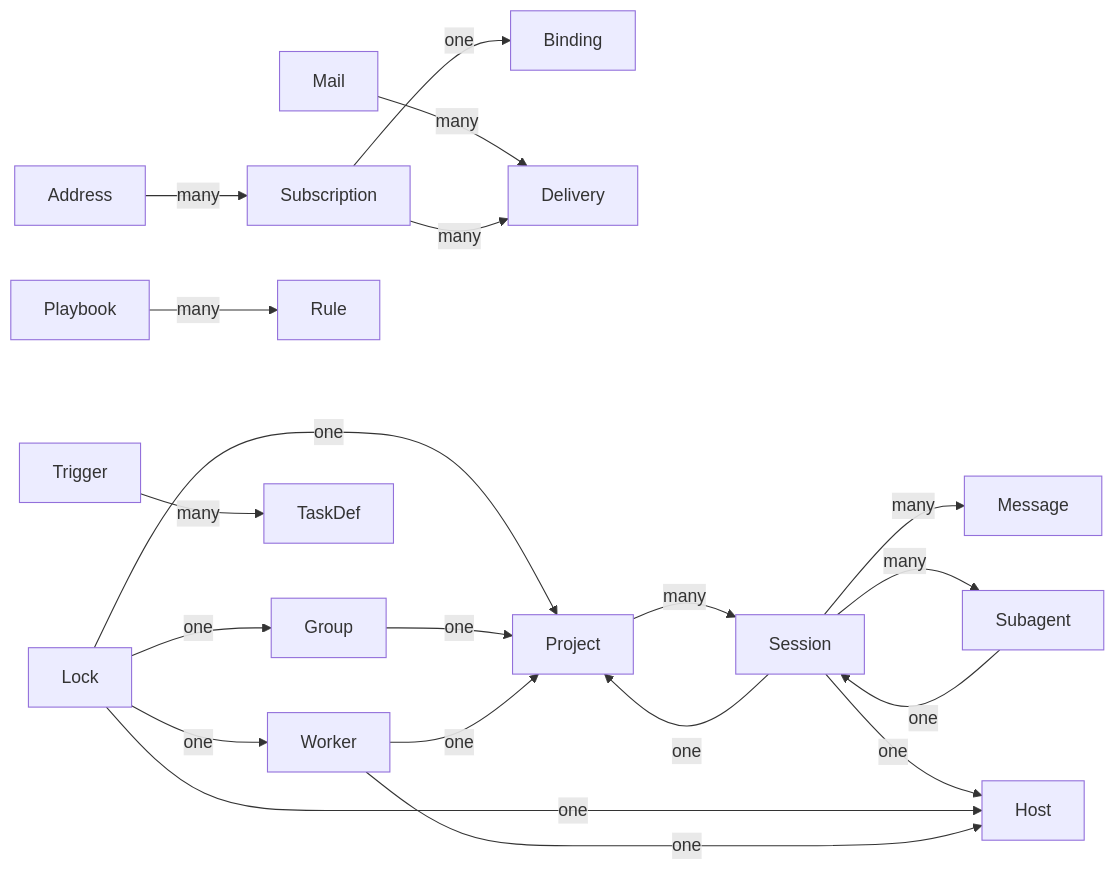
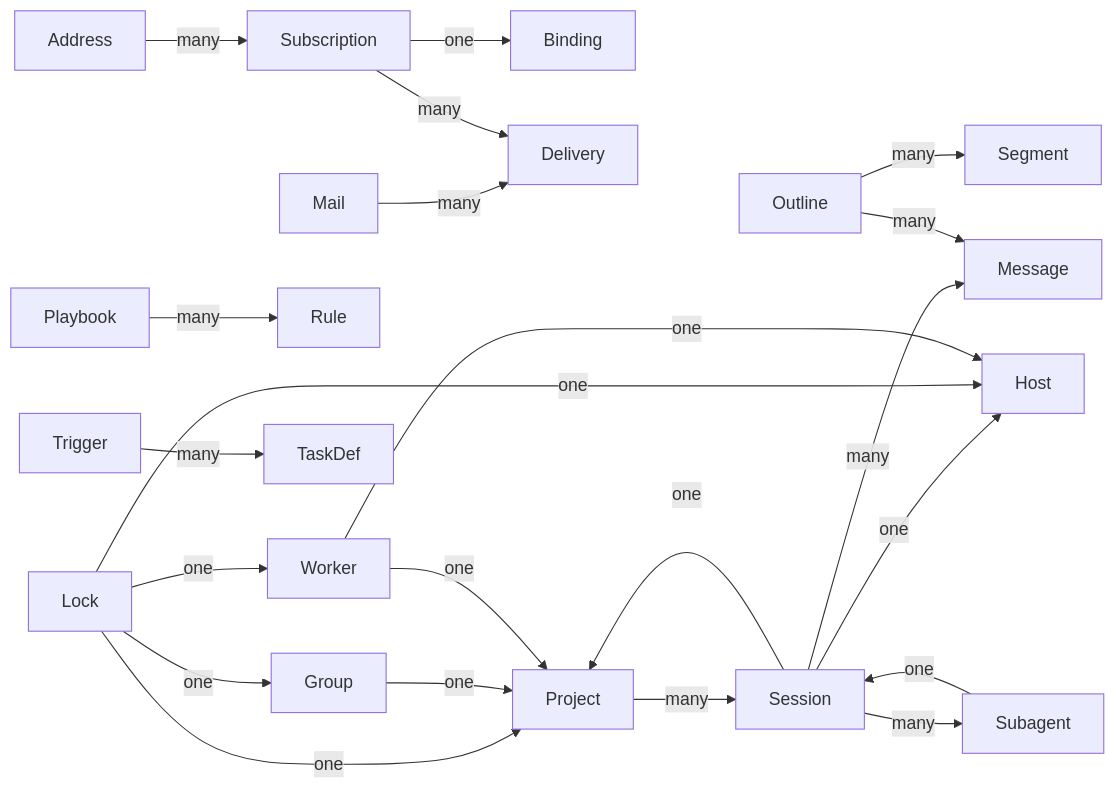
The diagram in docs/concepts/UBIQUITOUS_LANGUAGE.md (mistakenot/auto-stack), drawn with Mermaid before and after one commit. The commit also changed other lines of this file and 13 other files, not shown here.

````diff
--- a/docs/concepts/UBIQUITOUS_LANGUAGE.md
+++ b/docs/concepts/UBIQUITOUS_LANGUAGE.md
@@ -15,39 +15,43 @@
 ```mermaid
 flowchart LR
     Address["Address"]
     Binding["Binding"]
     Delivery["Delivery"]
     Group["Group"]
     Host["Host"]
     Lock["Lock"]
     Mail["Mail"]
     Message["Message"]
+    Outline["Outline"]
     Playbook["Playbook"]
     Project["Project"]
     Rule["Rule"]
+    Segment["Segment"]
     Session["Session"]
     Subagent["Subagent"]
     Subscription["Subscription"]
     TaskDef["TaskDef"]
     Trigger["Trigger"]
     Worker["Worker"]
     Session -->|many| Message
     Session -->|many| Subagent
     Session -->|one| Host
     Session -->|one| Project
     Subagent -->|one| Session
     Project -->|many| Session
+    Outline -->|many| Segment
+    Outline -->|many| Message
     Playbook -->|many| Rule
     Trigger -->|many| TaskDef
     Mail -->|many| Delivery
     Address -->|many| Subscription
     Subscription -->|many| Delivery
     Subscription -->|one| Binding
     Lock -->|one| Group
     Lock -->|one| Worker
     Lock -->|one| Project
     Lock -->|one| Host
     Group -->|one| Project
     Worker -->|one| Host
     Worker -->|one| Project
 ```
````
